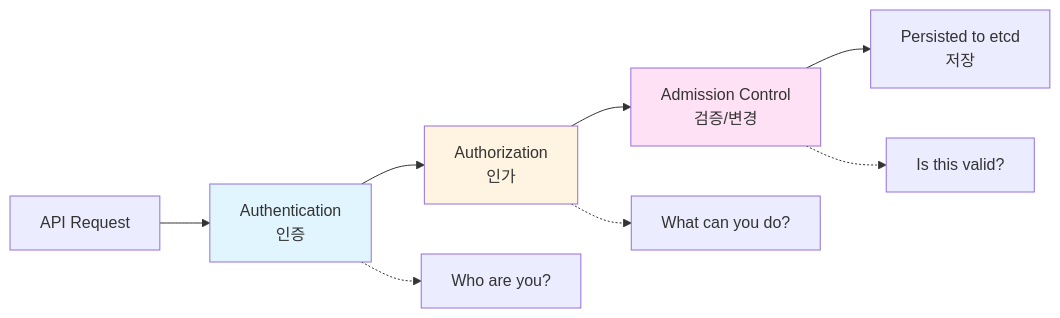
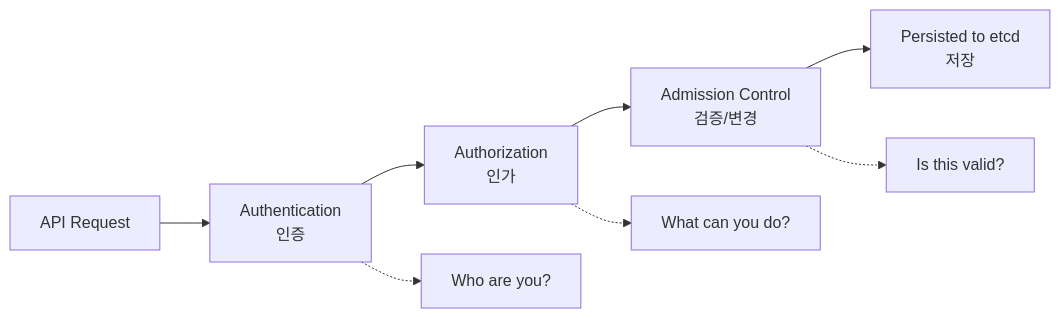
Before and after one commit to juwon8891/juwon8891.github.io: the first of 16 diagrams in docs/eks/week4-authn-authz.md, drawn with Mermaid. The commit also changed other lines of this file and 18 other files, not shown here.

Commit message:
Remove bright colors from Mermaid diagrams for dark mode compatibility

````diff
--- a/docs/eks/week4-authn-authz.md
+++ b/docs/eks/week4-authn-authz.md
@@ -62,15 +62,12 @@
 ```mermaid
 graph LR
     A[API Request] --> B[Authentication<br/>인증]
     B --> C[Authorization<br/>인가]
     C --> D[Admission Control<br/>검증/변경]
     D --> E[Persisted to etcd<br/>저장]
 
     B -.-> F[Who are you?]
     C -.-> G[What can you do?]
     D -.-> H[Is this valid?]
 
-    style B fill:#e1f5ff
-    style C fill:#fff4e1
-    style D fill:#ffe1f5
 ```
````
